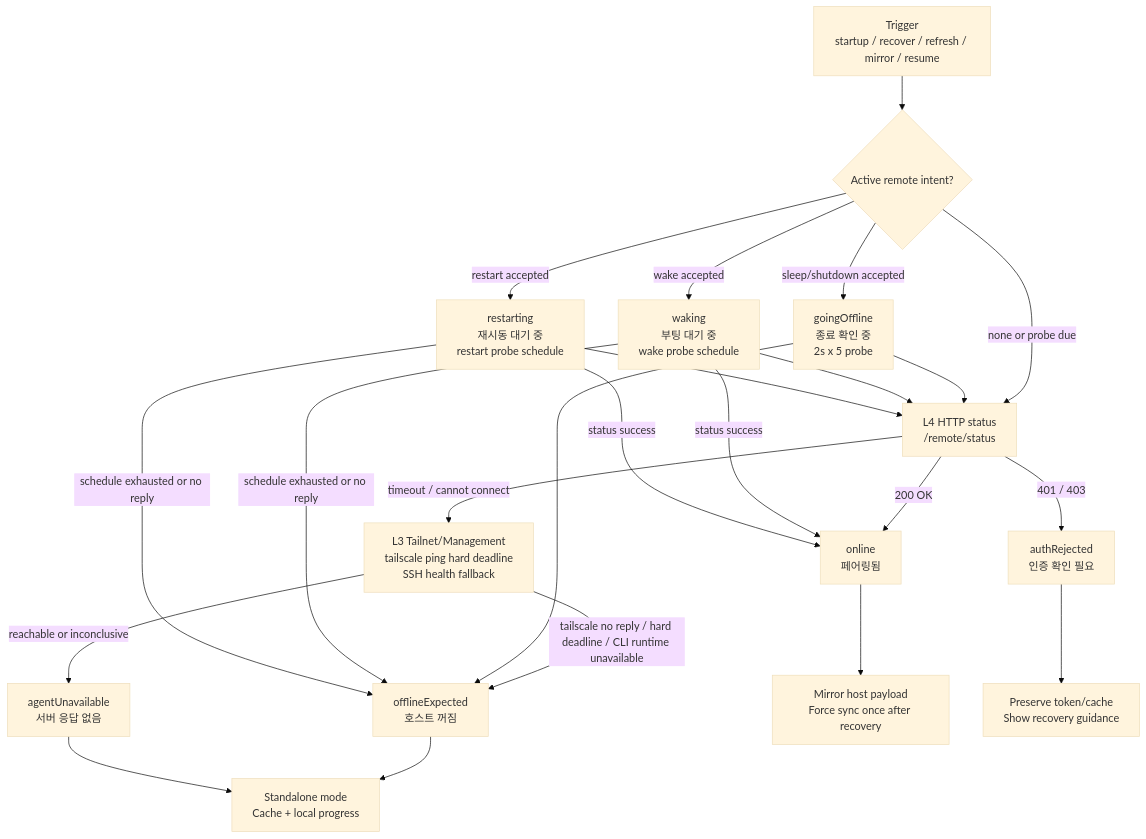
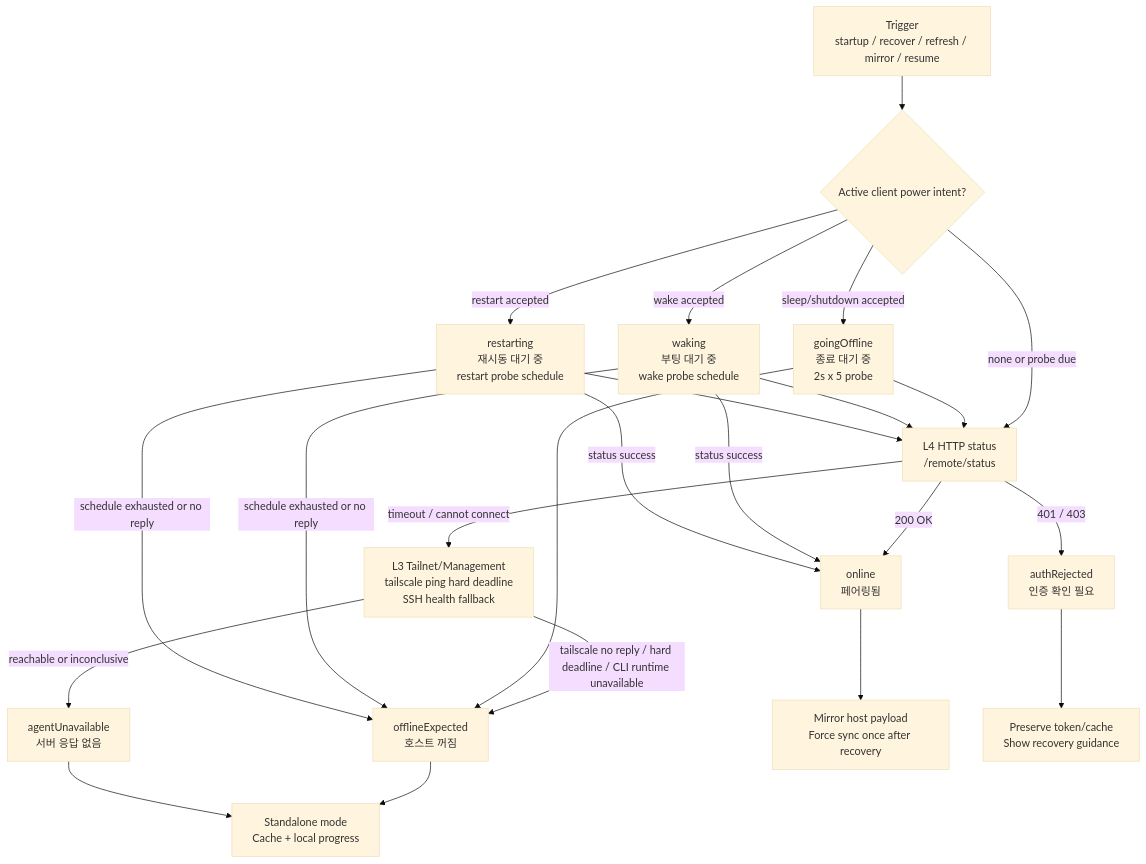
One commit to lsh930309/HomeworkHelperServer changed the diagram in REMOTE_CONNECTION_SUPERVISOR.md. Above: the diagram before and after it, drawn with Mermaid (base theme). The commit also changed other lines of this file and 16 other files, not shown here.

````diff
--- a/REMOTE_CONNECTION_SUPERVISOR.md
+++ b/REMOTE_CONNECTION_SUPERVISOR.md
@@ -46,31 +46,31 @@
 ```mermaid
 flowchart TB
-    Trigger["Trigger<br/>startup / recover / refresh / mirror / resume"] --> Intent{Active remote intent?}
+    Trigger["Trigger<br/>startup / recover / refresh / mirror / resume"] --> Intent{Active client power intent?}
 
-    Intent -->|sleep/shutdown accepted| GoingOffline["goingOffline<br/>종료 확인 중<br/>2s x 5 probe"]
+    Intent -->|sleep/shutdown accepted| GoingOffline["goingOffline<br/>종료 대기 중<br/>2s x 5 probe"]
     Intent -->|wake accepted| Waking["waking<br/>부팅 대기 중<br/>wake probe schedule"]
     Intent -->|restart accepted| Restarting["restarting<br/>재시동 대기 중<br/>restart probe schedule"]
     Intent -->|none or probe due| HTTP["L4 HTTP status<br/>/remote/status"]
 
     GoingOffline --> HTTP
     Waking --> HTTP
     Restarting --> HTTP
 
     HTTP -->|200 OK| Online["online<br/>페어링됨"]
     HTTP -->|401 / 403| AuthRejected["authRejected<br/>인증 확인 필요"]
     HTTP -->|timeout / cannot connect| Management["L3 Tailnet/Management<br/>tailscale ping hard deadline<br/>SSH health fallback"]
 
     Management -->|tailscale no reply / hard deadline / CLI runtime unavailable| ExpectedOffline["offlineExpected<br/>호스트 꺼짐"]
     Management -->|reachable or inconclusive| AgentUnavailable["agentUnavailable<br/>서버 응답 없음"]
 
     GoingOffline --> ExpectedOffline["offlineExpected<br/>호스트 꺼짐"]
     Waking -->|status success| Online
     Waking -->|schedule exhausted or no reply| ExpectedOffline
     Restarting -->|status success| Online
     Restarting -->|schedule exhausted or no reply| ExpectedOffline
 
     Online --> Mirror["Mirror host payload<br/>Force sync once after recovery"]
     ExpectedOffline --> Standalone["Standalone mode<br/>Cache + local progress"]
     AgentUnavailable --> Standalone
     AuthRejected --> Preserve["Preserve token/cache<br/>Show recovery guidance"]
 ```
````
